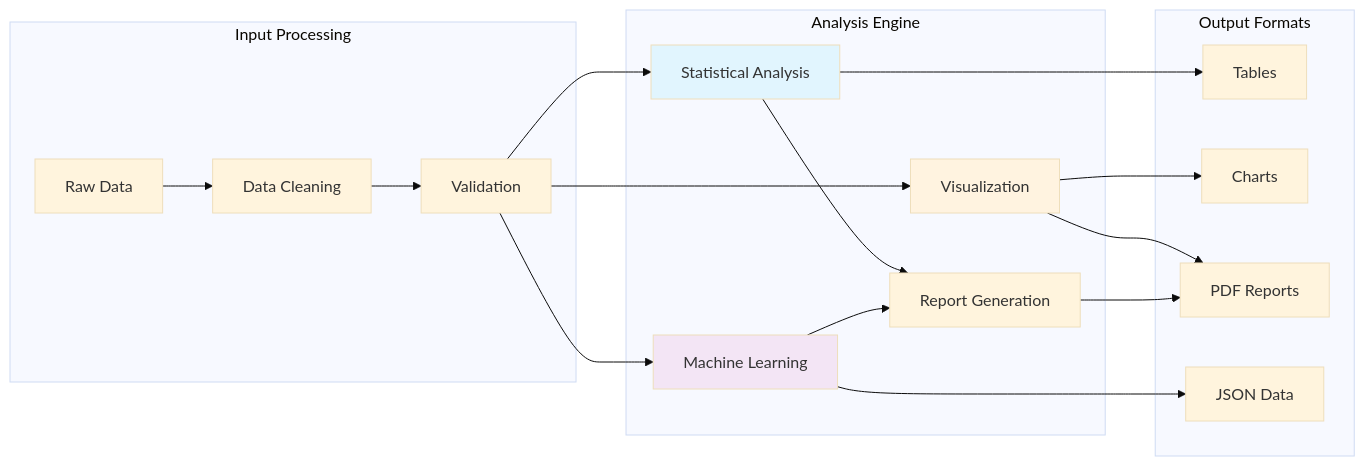
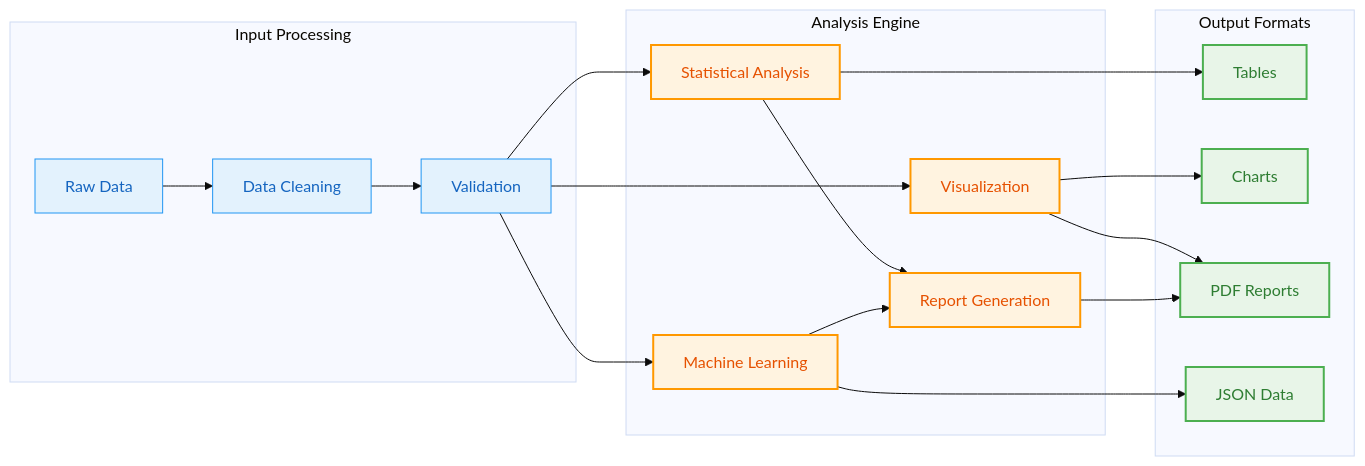
One commit to jupyter-naas/docs changed the second of 3 diagrams in site/docs/scale/architecture/tool-integration.md. Above: the diagram before and after it, drawn with Mermaid (base theme). The commit also changed other lines of this file and 4 other files, not shown here.

First line of the commit message:
feat: Implement consistent Mermaid styling across all architecture diagrams

````diff
--- a/site/docs/scale/architecture/tool-integration.md
+++ b/site/docs/scale/architecture/tool-integration.md
@@ -288,40 +295,46 @@
 ```mermaid
 graph LR
     subgraph "Input Processing"
         RAW[Raw Data]
         CLEAN[Data Cleaning]
         VALIDATE[Validation]
     end
     
     subgraph "Analysis Engine"
         STATS[Statistical Analysis]
         ML[Machine Learning]
         VIZ[Visualization]
         REPORT[Report Generation]
     end
     
     subgraph "Output Formats"
         TABLE[Tables]
         CHART[Charts]
         PDF[PDF Reports]
         JSON[JSON Data]
     end
     
     RAW --> CLEAN
     CLEAN --> VALIDATE
     VALIDATE --> STATS
     VALIDATE --> ML
     VALIDATE --> VIZ
     
     STATS --> TABLE
     STATS --> REPORT
     ML --> JSON
     ML --> REPORT
     VIZ --> CHART
     VIZ --> PDF
     REPORT --> PDF
     
-    style STATS fill:#e1f5fe
-    style ML fill:#f3e5f5
-    style VIZ fill:#fff3e0
+    classDef userExp fill:#e8f5e8,stroke:#4caf50,stroke-width:2px,color:#2e7d32
+    classDef platform fill:#e3f2fd,stroke:#2196f3,stroke-width:1px,color:#1565c0
+    classDef aiEngine fill:#fff3e0,stroke:#ff9800,stroke-width:2px,color:#e65100
+    classDef dataLayer fill:#f3e5f5,stroke:#9c27b0,stroke-width:1px,color:#4a148c
+    classDef infrastructure fill:#fce4ec,stroke:#e91e63,stroke-width:1px,color:#880e4f
+    
+    class RAW,CLEAN,VALIDATE platform
+    class STATS,ML,VIZ,REPORT aiEngine
+    class TABLE,CHART,PDF,JSON userExp
 ```
````
